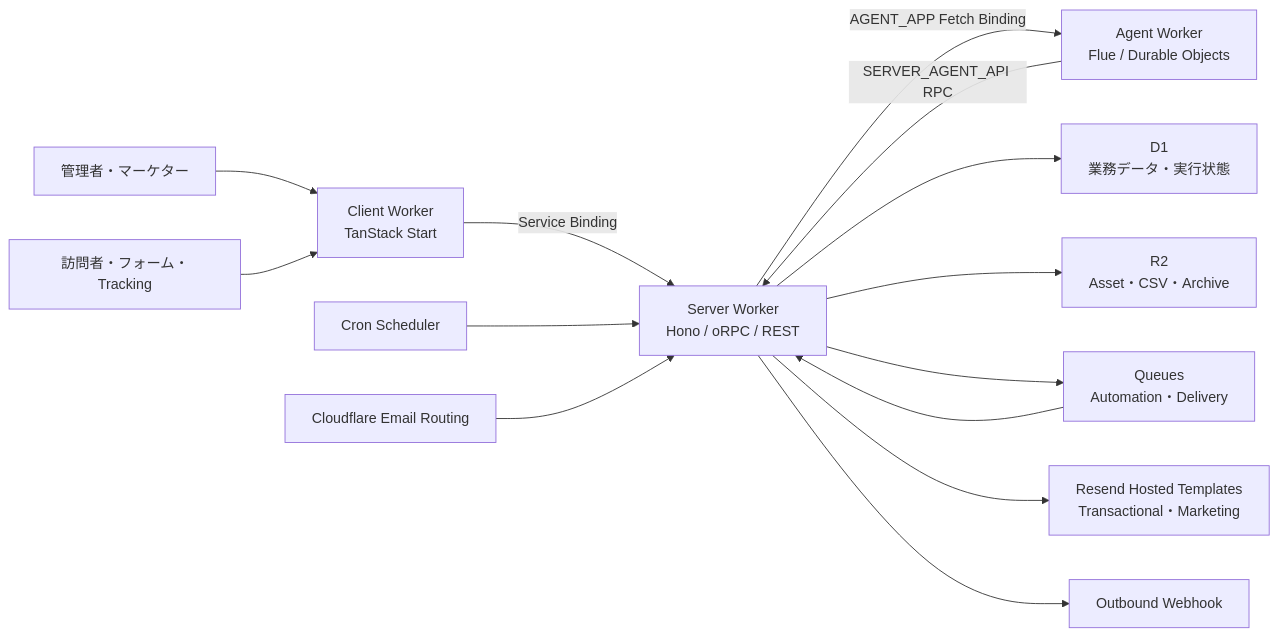
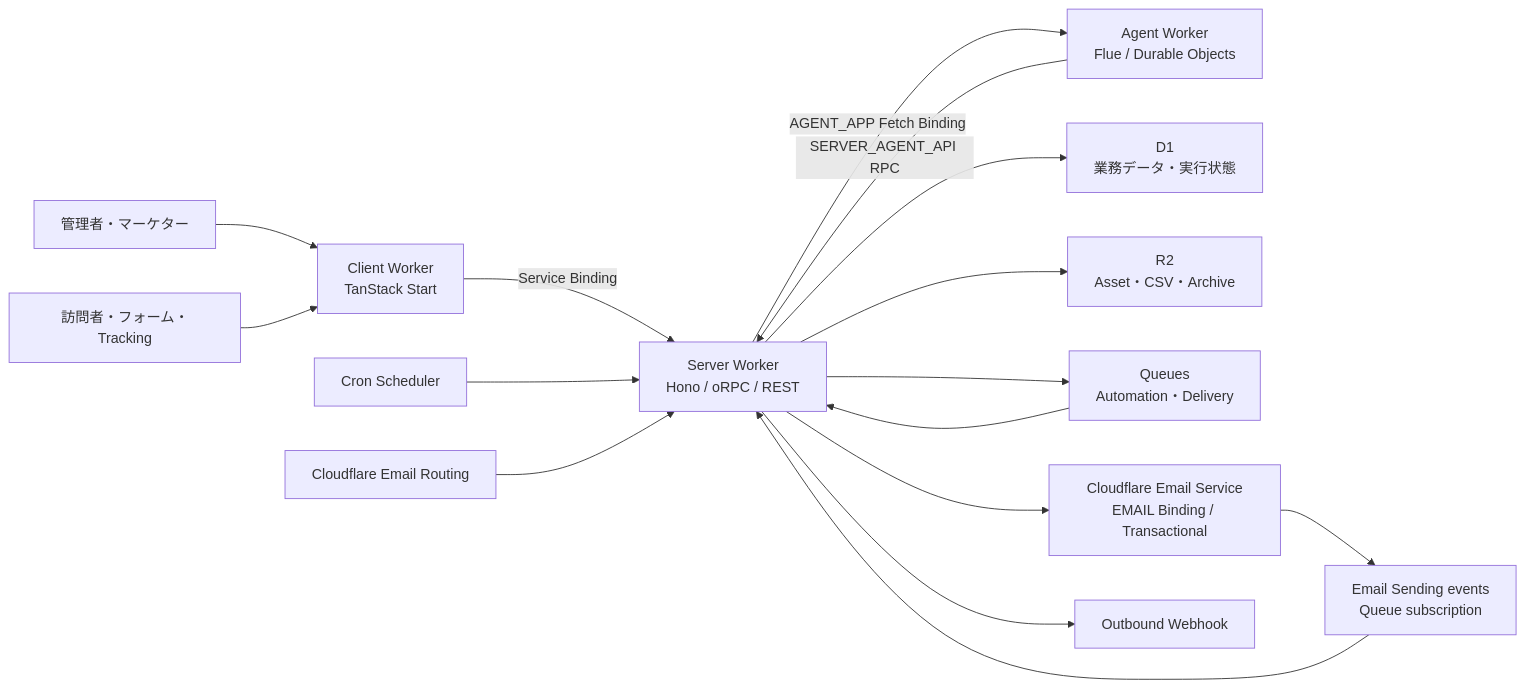
The diagram in README.md (martech-oss/kaen-ma), drawn with Mermaid before and after one commit. The commit also changed other lines of this file and 71 other files, not shown here.

````diff
--- a/README.md
+++ b/README.md
@@ -39,16 +41,18 @@
 ```mermaid
 flowchart LR
     A["管理者・マーケター"] --> C["Client Worker<br>TanStack Start"]
     V["訪問者・フォーム・Tracking"] --> C
     C -->|"Service Binding"| S["Server Worker<br>Hono / oRPC / REST"]
     S -->|"AGENT_APP Fetch Binding"| AG["Agent Worker<br>Flue / Durable Objects"]
     AG -->|"SERVER_AGENT_API RPC"| S
     CR["Cron Scheduler"] --> S
     S --> D["D1<br>業務データ・実行状態"]
     S --> R["R2<br>Asset・CSV・Archive"]
     S --> Q["Queues<br>Automation・Delivery"]
     Q --> S
-    S --> RE["Resend Hosted Templates<br>Transactional・Marketing"]
+    S --> ES["Cloudflare Email Service<br>EMAIL Binding / Transactional"]
+    ES --> EQ["Email Sending events<br>Queue subscription"]
+    EQ --> S
     S --> WH["Outbound Webhook"]
     ER["Cloudflare Email Routing"] --> S
 ```
````
